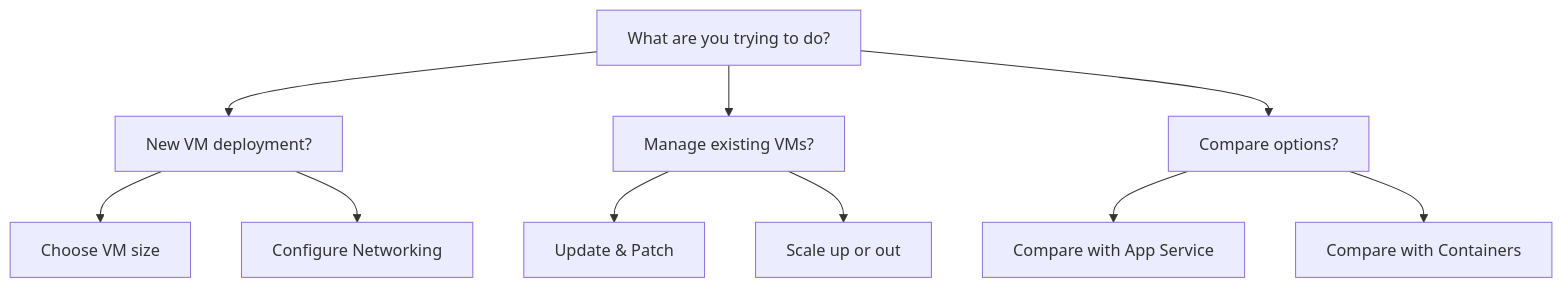
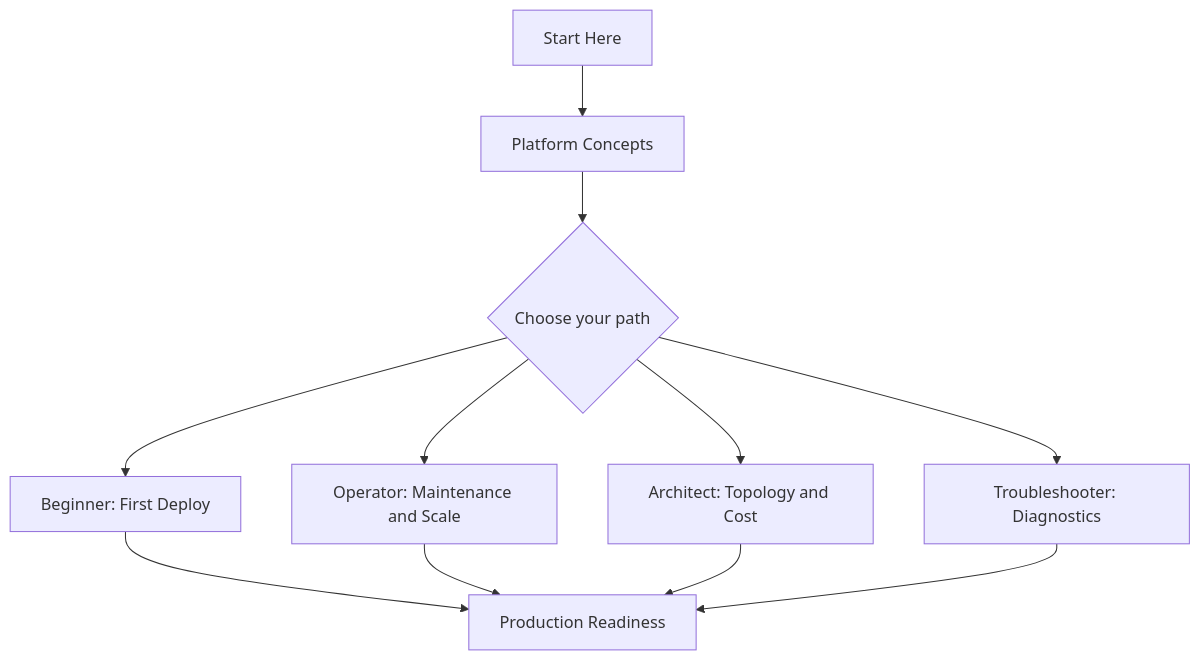
The first of 5 diagrams in docs/start-here/learning-paths.md (yeongseon/azure-virtual-machine-practical-guide), drawn with Mermaid before and after one commit. The commit also changed other lines of this file, not shown here.

````diff
--- a/docs/start-here/learning-paths.md
+++ b/docs/start-here/learning-paths.md
@@ -31,15 +61,13 @@
 ```mermaid
-graph TD
-    Start[What are you trying to do?] --> Deploy[New VM deployment?]
-    Start --> Manage[Manage existing VMs?]
-    Start --> Compare[Compare options?]
-    
-    Deploy --> Step1[Choose VM size]
-    Deploy --> Step2[Configure Networking]
-    
-    Manage --> Step3[Update & Patch]
-    Manage --> Step4[Scale up or out]
-    
-    Compare --> Step5[Compare with App Service]
-    Compare --> Step6[Compare with Containers]
+flowchart TD
+    A[Start Here] --> B[Platform Concepts]
+    B --> C{Choose your path}
+    C --> D[Beginner: First Deploy]
+    C --> E[Operator: Maintenance and Scale]
+    C --> F[Architect: Topology and Cost]
+    C --> G[Troubleshooter: Diagnostics]
+    D --> H[Production Readiness]
+    E --> H
+    F --> H
+    G --> H
 ```
````
